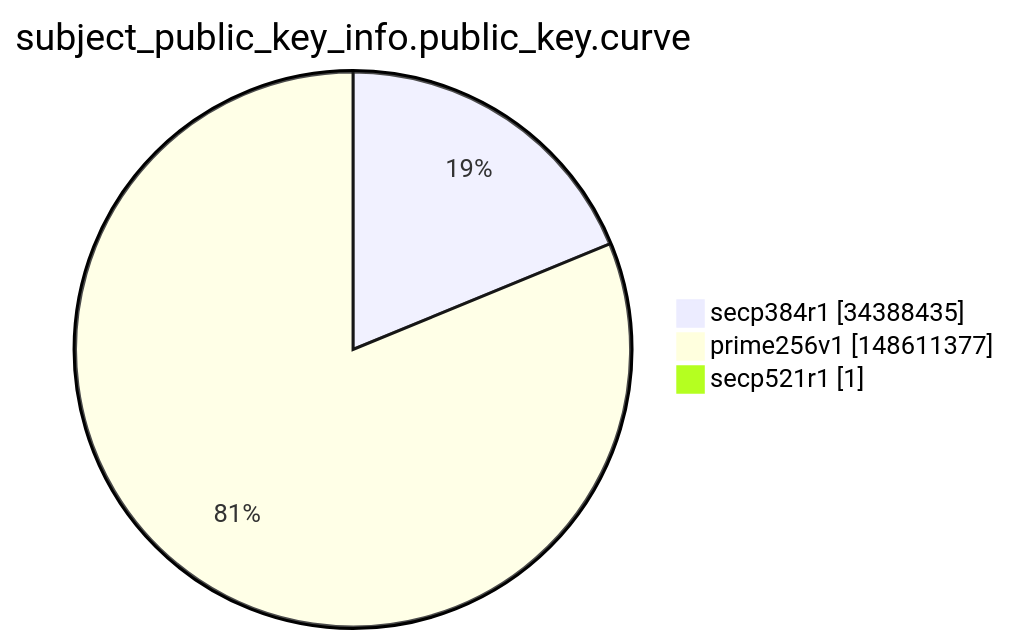
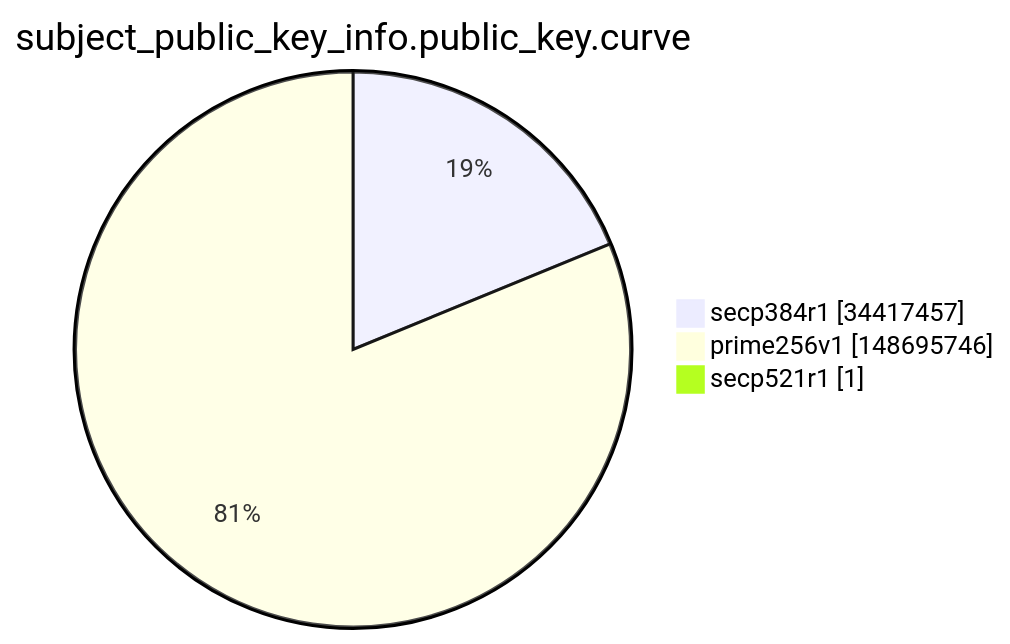
Before and after one commit to christiankrug/ctmonitor_visualization: the ninth of 15 diagrams in argon2022/README.md, drawn with Mermaid. The commit also changed other lines of this file, not shown here.

````diff
--- a/argon2022/README.md
+++ b/argon2022/README.md
@@ -2764,7 +2764,7 @@
 ```mermaid
 pie showData
 title subject_public_key_info.public_key.curve
-"secp384r1" :34388435
-"prime256v1" :148611377
+"secp384r1" :34417457
+"prime256v1" :148695746
 "secp521r1" :1
 ```
````
